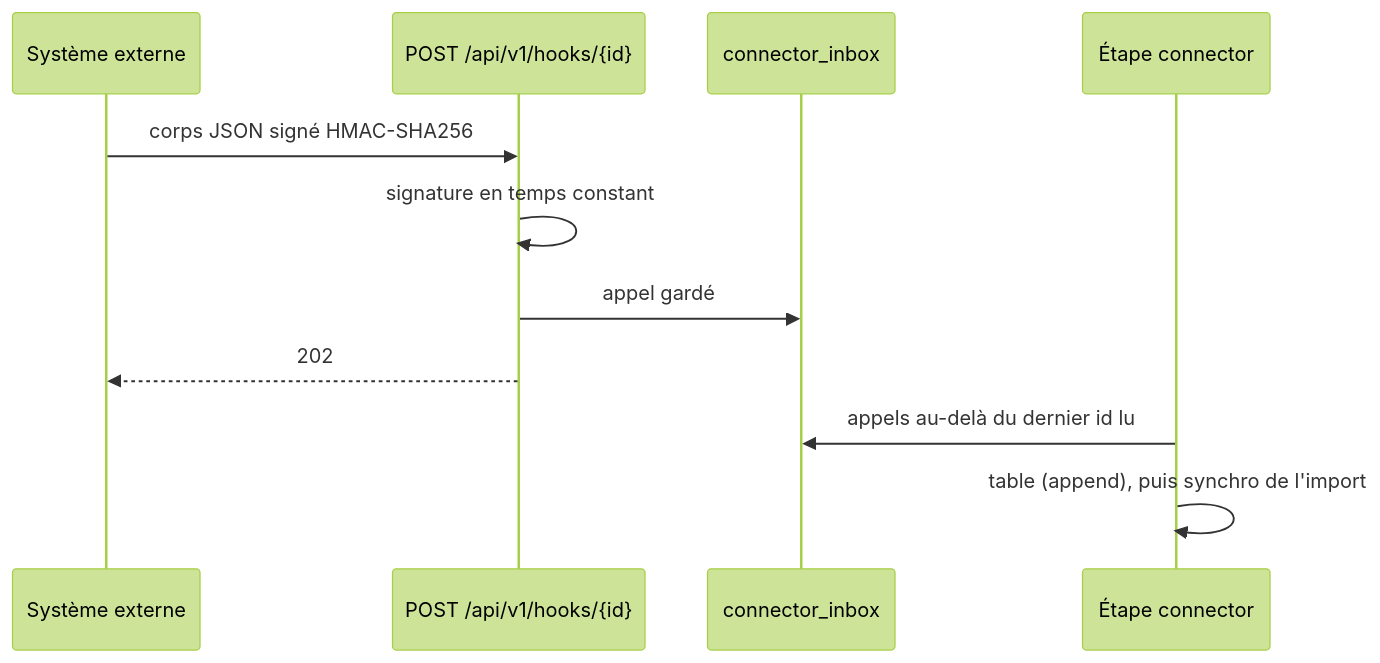
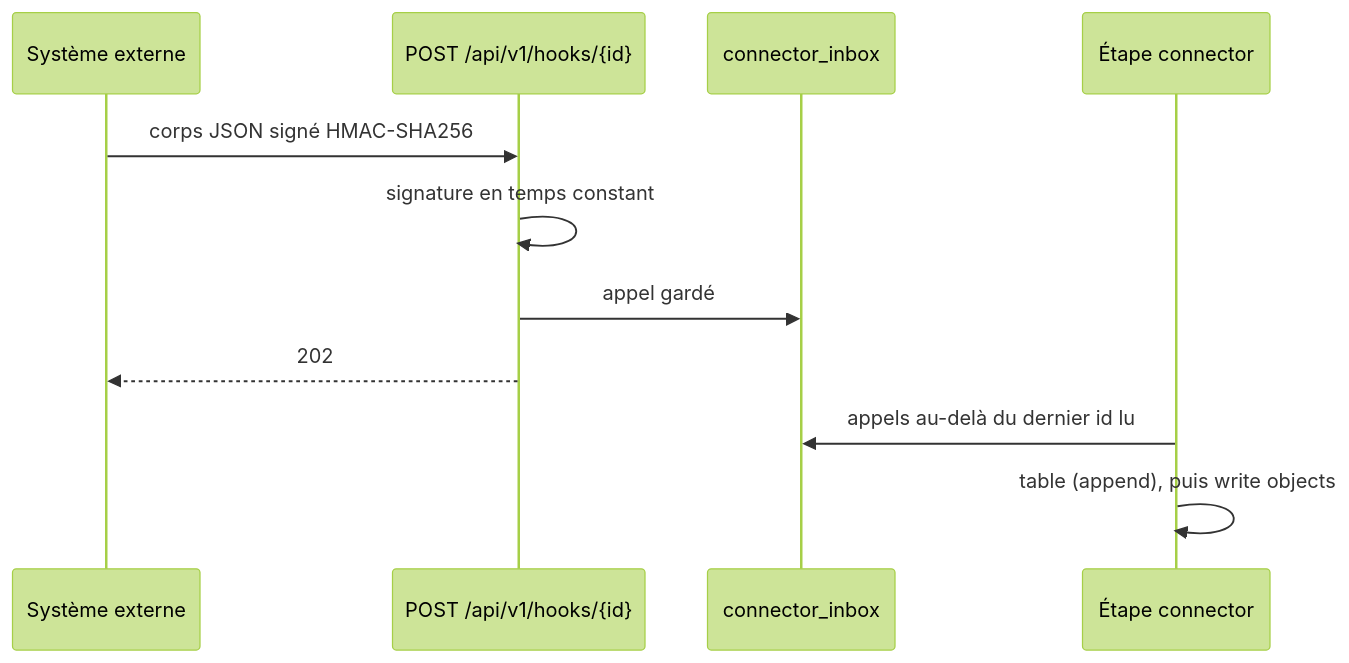
One commit to Pnex/pnex-rs changed diagram 14 of 18 in docs/architecture/pipelines.md. Above: the diagram before and after it, drawn with Mermaid (forest theme). The commit also changed other lines of this file and 66 other files, not shown here.

````diff
--- a/docs/architecture/pipelines.md
+++ b/docs/architecture/pipelines.md
@@ -345,13 +345,13 @@
 ```mermaid
 sequenceDiagram
   participant X as Système externe
   participant H as POST /api/v1/hooks/{id}
   participant B as connector_inbox
   participant I as Étape connector
   X->>H: corps JSON signé HMAC-SHA256
   H->>H: signature en temps constant
   H->>B: appel gardé
   H-->>X: 202
   I->>B: appels au-delà du dernier id lu
-  I->>I: table (append), puis synchro de l'import
+  I->>I: table (append), puis write objects
 ```
````
